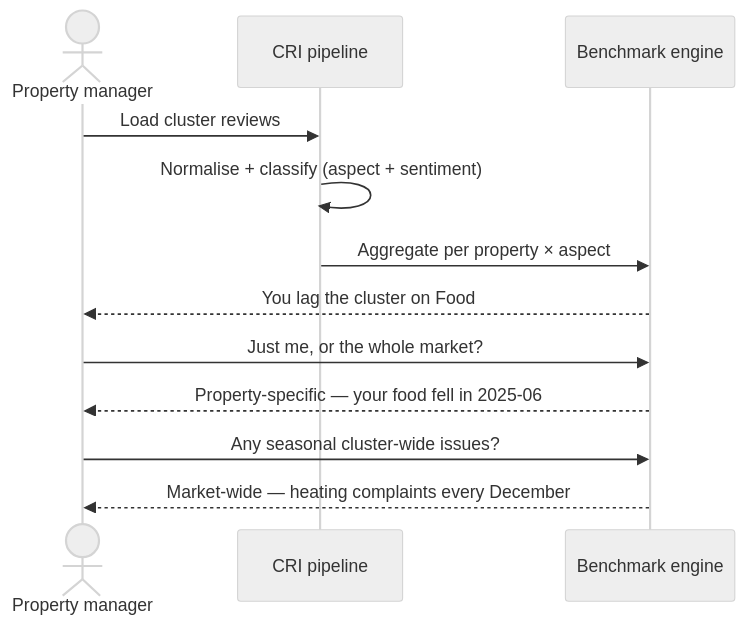
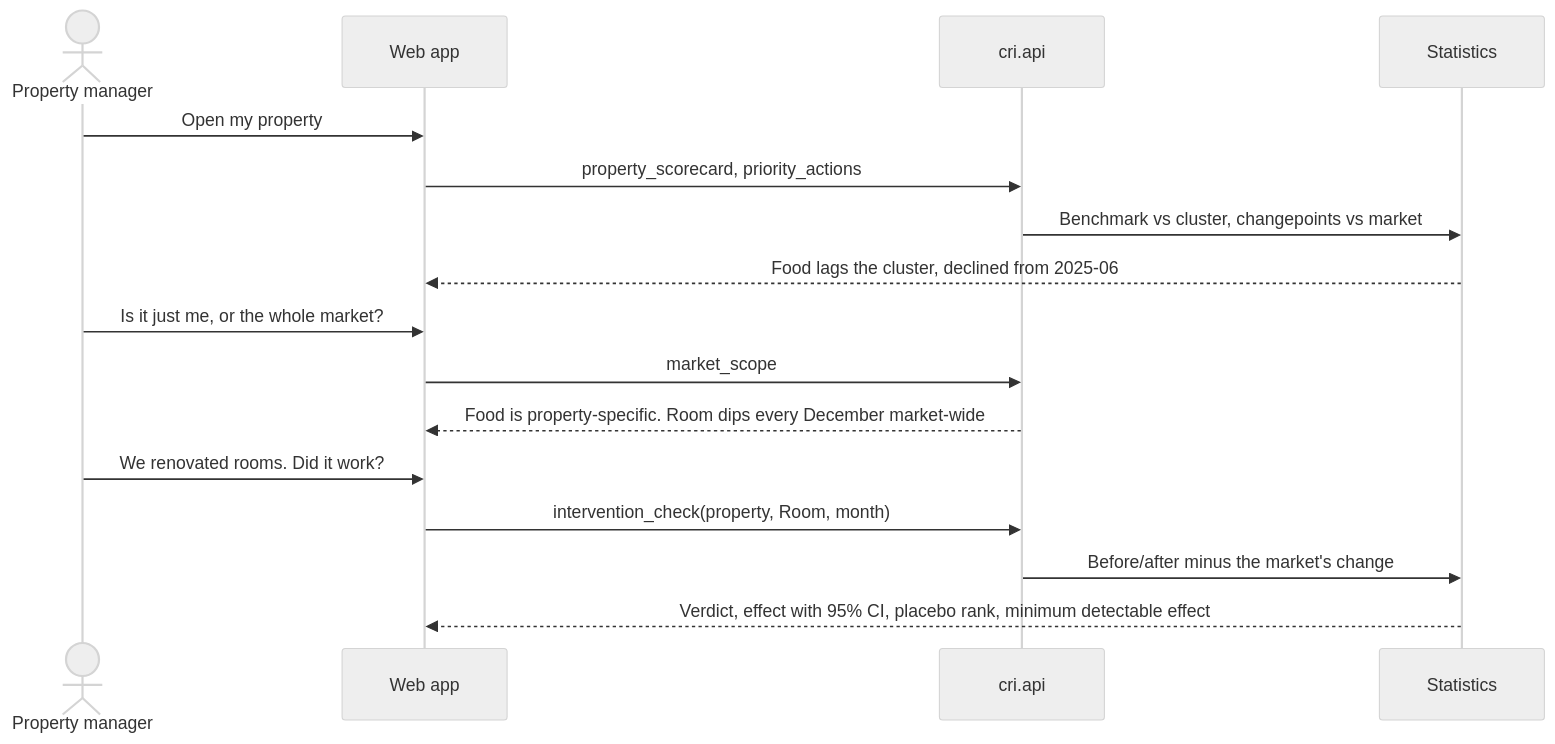
One commit to AnubhavKiroula/cluster-review-intelligence changed diagram 11 of 14 in README.md. Above: the diagram before and after it, drawn with Mermaid (neutral theme). The commit also changed other lines of this file, not shown here.

First line of the commit message:
docs(readme): restructure into a professional reference with diagrams

````diff
--- a/README.md
+++ b/README.md
@@ -127,14 +363,19 @@
 ```mermaid
 sequenceDiagram
     actor M as Property manager
-    participant CRI as CRI pipeline
-    participant BM as Benchmark engine
-    M->>CRI: Load cluster reviews
-    CRI->>CRI: Normalise + classify (aspect + sentiment)
-    CRI->>BM: Aggregate per property × aspect
-    BM-->>M: You lag the cluster on Food
-    M->>BM: Just me, or the whole market?
-    BM-->>M: Property-specific — your food fell in 2025-06
-    M->>BM: Any seasonal cluster-wide issues?
-    BM-->>M: Market-wide — heating complaints every December
+    participant UI as Web app
+    participant API as cri.api
+    participant ST as Statistics
+
+    M->>UI: Open my property
+    UI->>API: property_scorecard, priority_actions
+    API->>ST: Benchmark vs cluster, changepoints vs market
+    ST-->>UI: Food lags the cluster, declined from 2025-06
+    M->>UI: Is it just me, or the whole market?
+    UI->>API: market_scope
+    API-->>UI: Food is property-specific. Room dips every December market-wide
+    M->>UI: We renovated rooms. Did it work?
+    UI->>API: intervention_check(property, Room, month)
+    API->>ST: Before/after minus the market's change
+    ST-->>UI: Verdict, effect with 95% CI, placebo rank, minimum detectable effect
 ```
````
